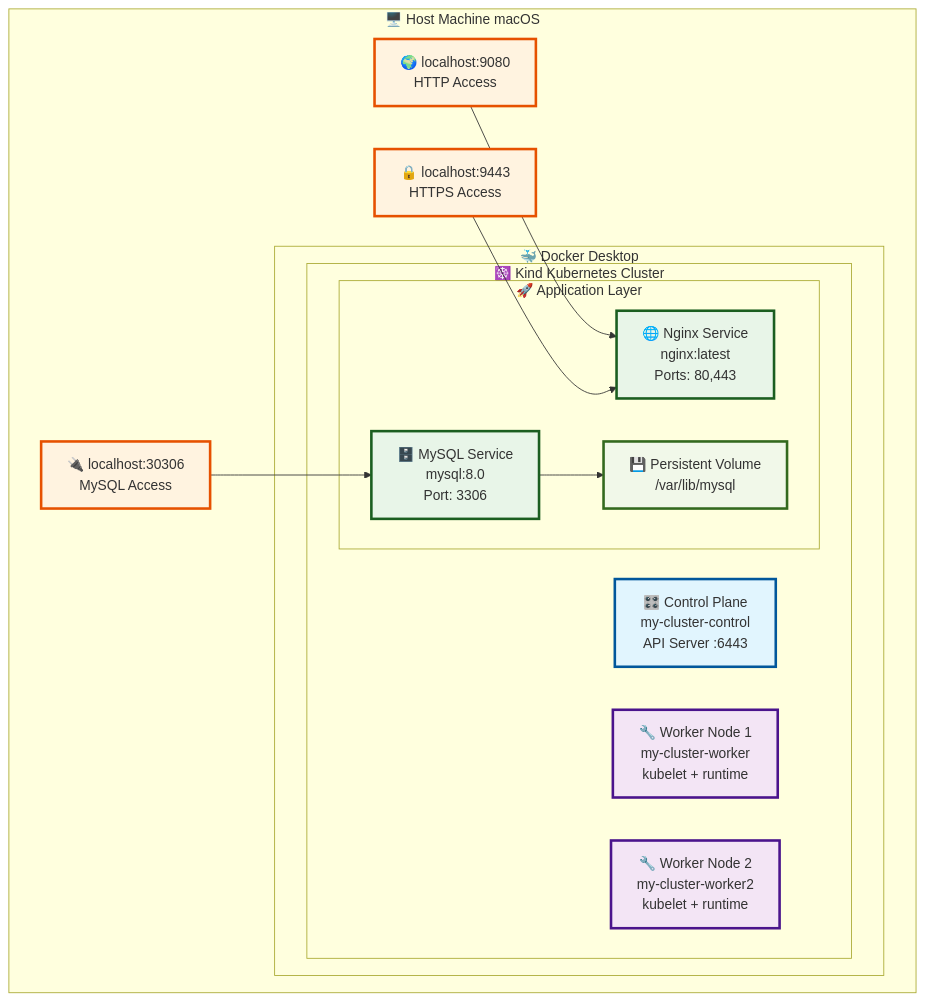
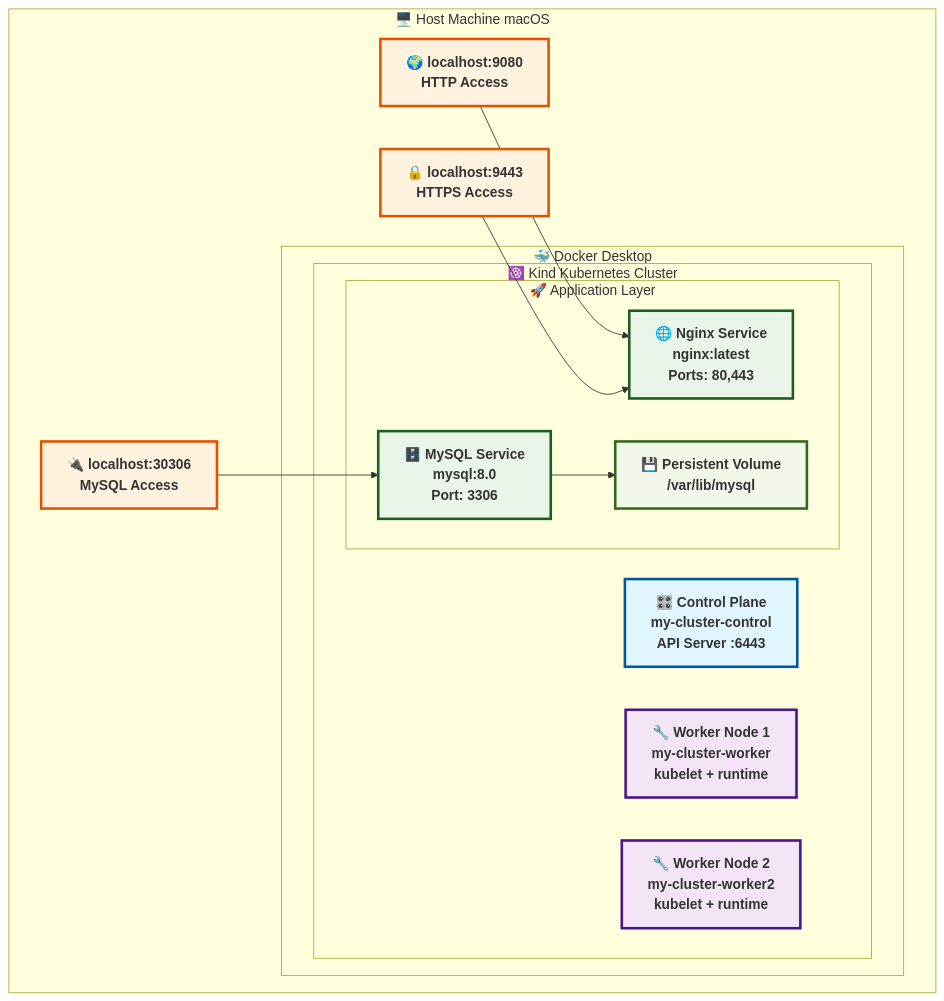
The first of 9 diagrams in ARCHITECTURE.md (msreekanth02/kind-kubernetes-cluster-manager), drawn with Mermaid before and after one commit. The commit also changed other lines of this file, not shown here.

First line of the commit message:
🎨 Enhance all Mermaid diagrams with improved typography

````diff
--- a/ARCHITECTURE.md
+++ b/ARCHITECTURE.md
@@ -19,39 +19,39 @@
 ```mermaid
 graph TB
     subgraph "🖥️ Host Machine macOS"
         subgraph "🐳 Docker Desktop" 
             subgraph "☸️ Kind Kubernetes Cluster"
                 CP["🎛️ Control Plane<br/>my-cluster-control<br/>API Server :6443"]
                 W1["🔧 Worker Node 1<br/>my-cluster-worker<br/>kubelet + runtime"]
                 W2["🔧 Worker Node 2<br/>my-cluster-worker2<br/>kubelet + runtime"]
                 
                 subgraph "🚀 Application Layer"
                     NGINX["🌐 Nginx Service<br/>nginx:latest<br/>Ports: 80,443"]
                     MYSQL["🗄️ MySQL Service<br/>mysql:8.0<br/>Port: 3306"]
                     PV["💾 Persistent Volume<br/>/var/lib/mysql"]
                 end
             end
         end
         
         HTTP["🌍 localhost:9080<br/>HTTP Access"]
         HTTPS["🔒 localhost:9443<br/>HTTPS Access"] 
         MYSQLEXT["🔌 localhost:30306<br/>MySQL Access"]
     end
     
     HTTP --> NGINX
     HTTPS --> NGINX
     MYSQLEXT --> MYSQL
     MYSQL --> PV
     
-    classDef controlPlane fill:#e1f5fe,stroke:#01579b,stroke-width:3px
-    classDef worker fill:#f3e5f5,stroke:#4a148c,stroke-width:3px
-    classDef app fill:#e8f5e8,stroke:#1b5e20,stroke-width:3px
-    classDef external fill:#fff3e0,stroke:#e65100,stroke-width:3px
-    classDef storage fill:#f1f8e9,stroke:#33691e,stroke-width:3px
+    classDef controlPlane fill:#e1f5fe,stroke:#01579b,stroke-width:3px,font-size:16px,font-weight:bold
+    classDef worker fill:#f3e5f5,stroke:#4a148c,stroke-width:3px,font-size:16px,font-weight:bold
+    classDef app fill:#e8f5e8,stroke:#1b5e20,stroke-width:3px,font-size:16px,font-weight:bold
+    classDef external fill:#fff3e0,stroke:#e65100,stroke-width:3px,font-size:16px,font-weight:bold
+    classDef storage fill:#f1f8e9,stroke:#33691e,stroke-width:3px,font-size:16px,font-weight:bold
     
     class CP controlPlane
     class W1,W2 worker
     class NGINX,MYSQL app
     class HTTP,HTTPS,MYSQLEXT external
     class PV storage
 ```
````
